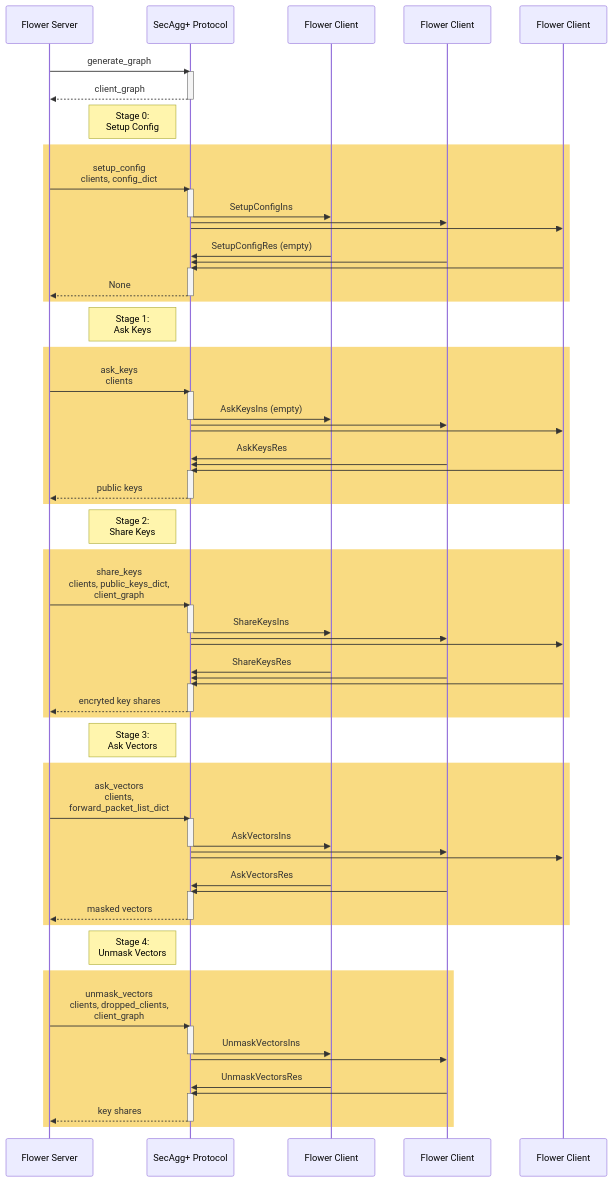
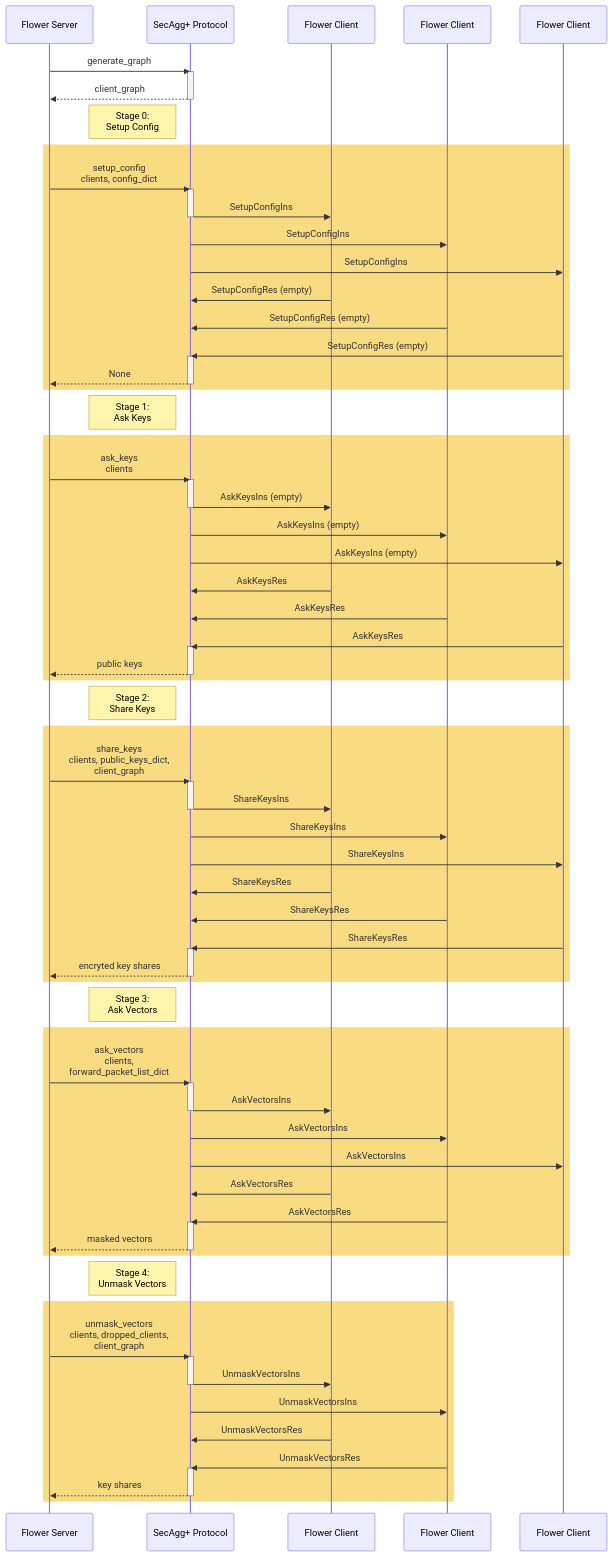
One commit to flower198765/flower changed the first of 2 diagrams in doc/source/secagg.rst. Above: the diagram before and after it, drawn with Mermaid. The commit also changed other lines of this file and 1 other file, not shown here.

Commit message:
Fix mermaid diagrams for SecAgg (#1865)

```diff
--- a/doc/source/secagg.rst
+++ b/doc/source/secagg.rst
@@ -85,11 +84,11 @@
         activate P
         P->>C1: SetupConfigIns
         deactivate P
-        P->>C2: 
-        P->>C3: 
+        P->>C2: SetupConfigIns
+        P->>C3: SetupConfigIns
         C1->>P: SetupConfigRes (empty)
-        C2->>P: 
-        C3->>P: 
+        C2->>P: SetupConfigRes (empty)
+        C3->>P: SetupConfigRes (empty)
         activate P
         P-->>S: None
         deactivate P
@@ -101,11 +100,11 @@
         activate P
         P->>C1: AskKeysIns (empty)
         deactivate P
-        P->>C2: 
-        P->>C3: 
+        P->>C2: AskKeysIns (empty)
+        P->>C3: AskKeysIns (empty)
         C1->>P: AskKeysRes
-        C2->>P: 
-        C3->>P: 
+        C2->>P: AskKeysRes
+        C3->>P: AskKeysRes
         activate P
         P-->>S: public keys
         deactivate P
@@ -117,11 +116,11 @@
         activate P
         P->>C1: ShareKeysIns
         deactivate P
-        P->>C2: 
-        P->>C3: 
+        P->>C2: ShareKeysIns
+        P->>C3: ShareKeysIns
         C1->>P: ShareKeysRes
-        C2->>P: 
-        C3->>P: 
+        C2->>P: ShareKeysRes
+        C3->>P: ShareKeysRes
         activate P
         P-->>S: encryted key shares
         deactivate P
@@ -133,10 +132,10 @@
         activate P
         P->>C1: AskVectorsIns
         deactivate P
-        P->>C2: 
-        P->>C3: 
+        P->>C2: AskVectorsIns
+        P->>C3: AskVectorsIns
         C1->>P: AskVectorsRes
-        C2->>P: 
+        C2->>P: AskVectorsRes
         activate P
         P-->>S: masked vectors
         deactivate P
@@ -148,9 +147,9 @@
         activate P
         P->>C1: UnmaskVectorsIns
         deactivate P
-        P->>C2: 
+        P->>C2: UnmaskVectorsIns
         C1->>P: UnmaskVectorsRes
-        C2->>P: 
+        C2->>P: UnmaskVectorsRes
         activate P
         P-->>S: key shares
         deactivate P
```
